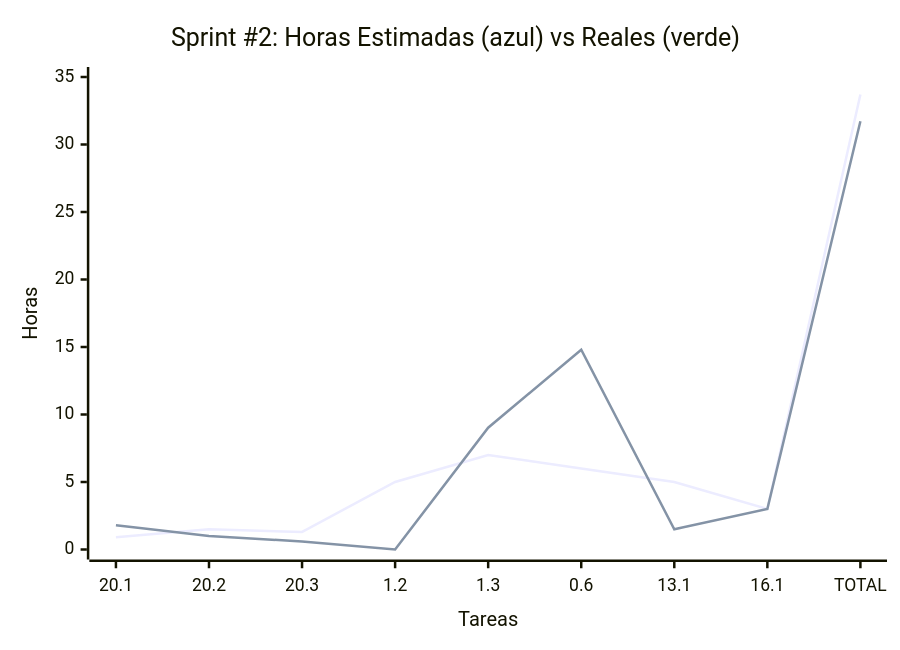
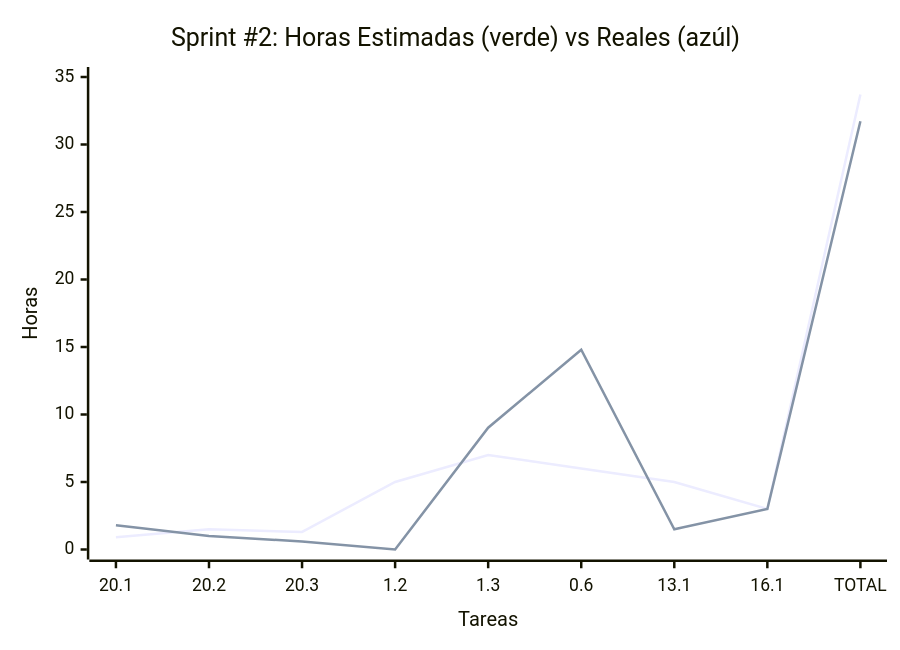
The second of 2 diagrams in docs/SprintsPlanning.md (MarkMed/FleetMan), drawn with Mermaid before and after one commit. The commit also changed other lines of this file, not shown here.

Commit message:
fix: Correct titles in sprint charts for accurate representation of estimated and actual hours

````diff
--- a/docs/SprintsPlanning.md
+++ b/docs/SprintsPlanning.md
@@ -91,12 +91,12 @@
 ```mermaid
 xychart-beta
-    title "Sprint #2: Horas Estimadas #40;azul#41; vs Reales #40;verde#41;"
+    title "Sprint #2: Horas Estimadas #40;verde#41; vs Reales #40;azúl#41;"
     x-axis "Tareas" ["20.1", "20.2", "20.3", "1.2", "1.3", "0.6", "13.1", "16.1", "TOTAL"]
     y-axis "Horas" 0 --> 35
 	
 	%% Black line
     line [0.9, 1.5, 1.3, 5, 7, 6, 5, 3, 33.7]
 
 	%% Green line
     line [1.8, 1, 0.6, 0, 9.02, 14.8, 1.5, 3, 31.72]
 ```
````
